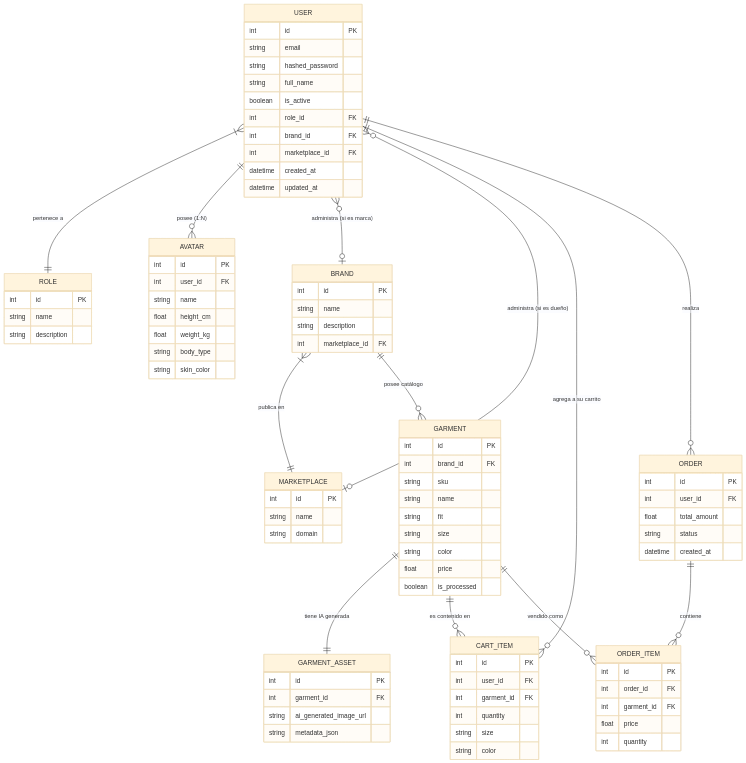
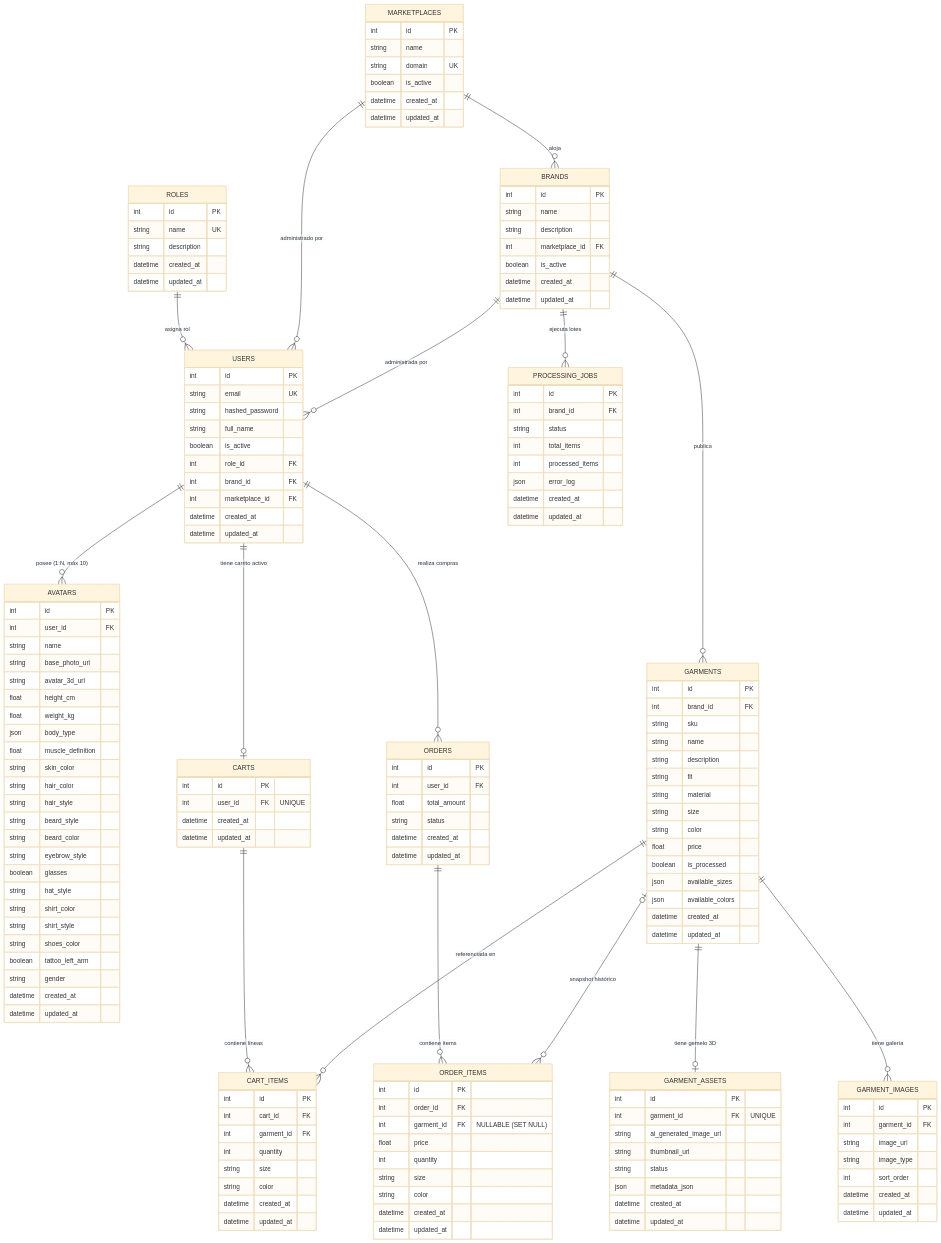
The diagram in docs/diagrama_entidad_relacion.md (tominadal/TryOn_progra2), drawn with Mermaid (base theme) before and after one commit. The commit also changed other lines of this file and 53 other files, not shown here.

````diff
--- a/docs/diagrama_entidad_relacion.md
+++ b/docs/diagrama_entidad_relacion.md
@@ -5,37 +5,35 @@
 ```mermaid
 erDiagram
-    ROLE {
+    ROLES {
+        int id PK
+        string name UK
+        string description
+        datetime created_at
+        datetime updated_at
+    }
+
+    MARKETPLACES {
         int id PK
         string name
-        string description
+        string domain UK
+        boolean is_active
+        datetime created_at
+        datetime updated_at
     }
-    
-    MARKETPLACE {
-        int id PK
-        string name
-        string domain
-    }
-    
-    BRAND {
+
+    BRANDS {
         int id PK
         string name
         string description
         int marketplace_id FK
+        boolean is_active
+        datetime created_at
+        datetime updated_at
     }
 
-    AVATAR {
+    USERS {
         int id PK
-        int user_id FK
-        string name
-        float height_cm
-        float weight_kg
-        string body_type
-        string skin_color
-    }
-
-    USER {
-        int id PK
-        string email
+        string email UK
         string hashed_password
         string full_name
         boolean is_active
@@ -46,63 +44,135 @@
         datetime updated_at
     }
 
-    GARMENT {
+    AVATARS {
+        int id PK
+        int user_id FK
+        string name
+        string base_photo_url
+        string avatar_3d_url
+        float height_cm
+        float weight_kg
+        json body_type
+        float muscle_definition
+        string skin_color
+        string hair_color
+        string hair_style
+        string beard_style
+        string beard_color
+        string eyebrow_style
+        boolean glasses
+        string hat_style
+        string shirt_color
+        string shirt_style
+        string shoes_color
+        boolean tattoo_left_arm
+        string gender
+        datetime created_at
+        datetime updated_at
+    }
+
+    GARMENTS {
         int id PK
         int brand_id FK
         string sku
         string name
+        string description
         string fit
+        string material
         string size
         string color
         float price
         boolean is_processed
+        json available_sizes
+        json available_colors
+        datetime created_at
+        datetime updated_at
     }
 
-    GARMENT_ASSET {
+    GARMENT_ASSETS {
+        int id PK
+        int garment_id FK "UNIQUE"
+        string ai_generated_image_url
+        string thumbnail_url
+        string status
+        json metadata_json
+        datetime created_at
+        datetime updated_at
+    }
+
+    GARMENT_IMAGES {
         int id PK
         int garment_id FK
-        string ai_generated_image_url
-        string metadata_json
+        string image_url
+        string image_type
+        int sort_order
+        datetime created_at
+        datetime updated_at
     }
 
-    CART_ITEM {
+    PROCESSING_JOBS {
         int id PK
-        int user_id FK
+        int brand_id FK
+        string status
+        int total_items
+        int processed_items
+        json error_log
+        datetime created_at
+        datetime updated_at
+    }
+
+    CARTS {
+        int id PK
+        int user_id FK "UNIQUE"
+        datetime created_at
+        datetime updated_at
+    }
+
+    CART_ITEMS {
+        int id PK
+        int cart_id FK
         int garment_id FK
         int quantity
         string size
         string color
+        datetime created_at
+        datetime updated_at
     }
 
-    ORDER {
+    ORDERS {
         int id PK
         int user_id FK
         float total_amount
         string status
         datetime created_at
+        datetime updated_at
     }
 
-    ORDER_ITEM {
+    ORDER_ITEMS {
         int id PK
         int order_id FK
-        int garment_id FK
+        int garment_id FK "NULLABLE (SET NULL)"
         float price
         int quantity
+        string size
+        string color
+        datetime created_at
+        datetime updated_at
     }
 
-    USER }|--|| ROLE : "pertenece a"
-    USER ||--o{ AVATAR : "posee (1:N)"
-    USER }o--o| BRAND : "administra (si es marca)"
-    USER }o--o| MARKETPLACE : "administra (si es dueño)"
-    BRAND }|--|| MARKETPLACE : "publica en"
-    
-    BRAND ||--o{ GARMENT : "posee catálogo"
-    GARMENT ||--|| GARMENT_ASSET : "tiene IA generada"
-    
-    USER ||--o{ CART_ITEM : "agrega a su carrito"
-    GARMENT ||--o{ CART_ITEM : "es contenido en"
-    
-    USER ||--o{ ORDER : "realiza"
-    ORDER ||--o{ ORDER_ITEM : "contiene"
-    GARMENT ||--o{ ORDER_ITEM : "vendido como"
+    ROLES ||--o{ USERS : "asigna rol"
+    MARKETPLACES ||--o{ BRANDS : "aloja"
+    MARKETPLACES ||--o{ USERS : "administrado por"
+    BRANDS ||--o{ USERS : "administrada por"
+    USERS ||--o{ AVATARS : "posee (1:N, máx 10)"
+    BRANDS ||--o{ GARMENTS : "publica"
+    BRANDS ||--o{ PROCESSING_JOBS : "ejecuta lotes"
+    GARMENTS ||--o| GARMENT_ASSETS : "tiene gemelo 3D"
+    GARMENTS ||--o{ GARMENT_IMAGES : "tiene galería"
+    USERS ||--o| CARTS : "tiene carrito activo"
+    CARTS ||--o{ CART_ITEMS : "contiene líneas"
+    GARMENTS ||--o{ CART_ITEMS : "referenciada en"
+    USERS ||--o{ ORDERS : "realiza compras"
+    ORDERS ||--o{ ORDER_ITEMS : "contiene ítems"
+    GARMENTS o|--o{ ORDER_ITEMS : "snapshot histórico"
 ```
````
